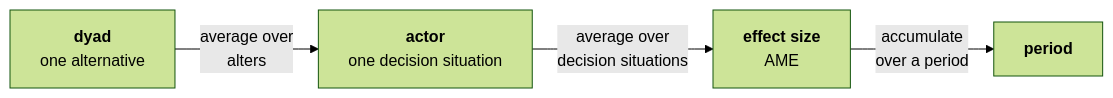
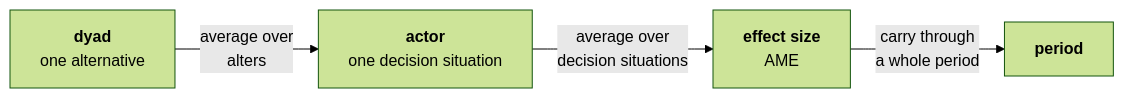
The diagram in 02-marginal-effects.qmd (Kaladani/sienaMargins-workshop), drawn with Mermaid (forest theme) before and after one commit. The commit also changed other lines of this file and 37 other files, not shown here.

````diff
--- a/02-marginal-effects.qmd
+++ b/02-marginal-effects.qmd
@@ -297,8 +297,8 @@
 ```{mermaid}
 %%| label: fig-ladder
 %%| fig-cap: "From one decision to a reportable effect size."
 flowchart LR
   A["<b>dyad</b><br/>one alternative"] -->|"average over<br/>alters"| B["<b>actor</b><br/>one decision situation"]
   B -->|"average over<br/>decision situations"| C["<b>effect size</b><br/>AME"]
-  C -->|"accumulate<br/>over a period"| D["<b>period</b>"]
+  C -->|"carry through<br/>a whole period"| D["<b>period</b>"]
 ```
````
